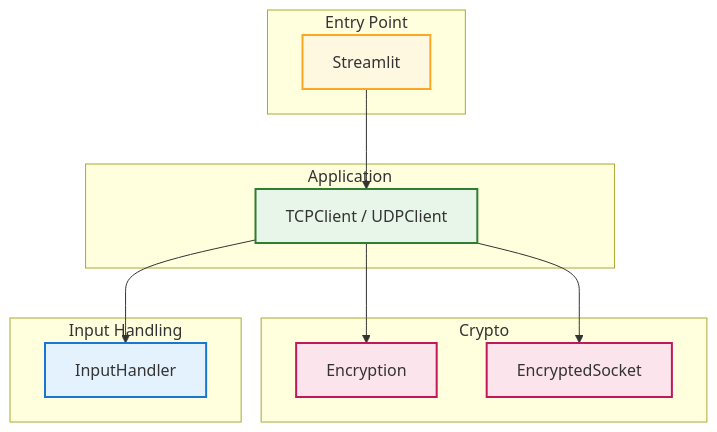
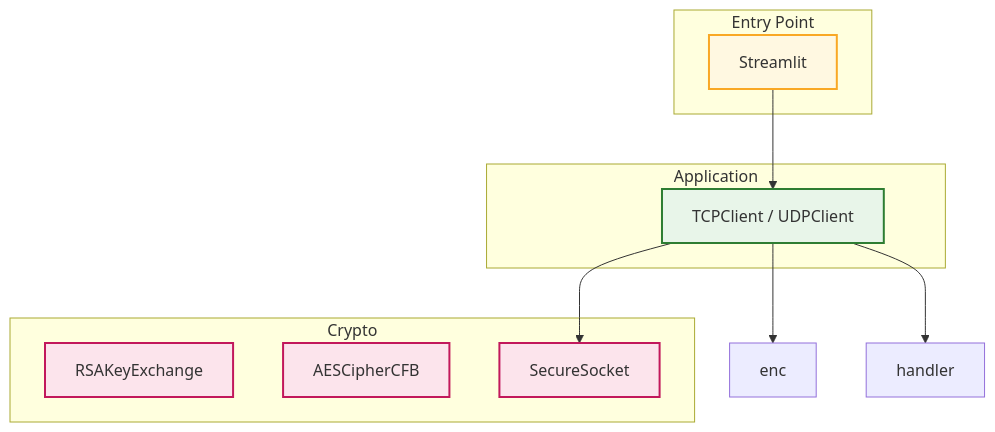
Before and after one commit to BackendExplorer/Online-Chat-Service: the first of 7 diagrams in README.md, drawn with Mermaid.

````diff
--- a/README.md
+++ b/README.md
@@ -1,39 +1,35 @@
 ```mermaid
 graph TD
 
 %% スタイル定義
 classDef ui fill:#fff8e1,stroke:#f9a825,stroke-width:2px
 classDef application fill:#e8f5e9,stroke:#2e7d32,stroke-width:2px
 classDef infra fill:#fce4ec,stroke:#c2185b,stroke-width:2px
 classDef packet fill:#e3f2fd,stroke:#1976d2,stroke-width:2px
 
 subgraph Entry Point
   main["Streamlit"]
   class main ui
 end
 
 subgraph Application
   app["TCPClient / UDPClient"]
   class app application
 end
 
 subgraph Crypto
-  enc["Encryption"]
-  sock["EncryptedSocket"]
-  class enc,sock infra
-end
-
-subgraph Input Handling
-  handler["InputHandler"]
-  class handler packet
+  rsa["RSAKeyExchange"]
+  aes["AESCipherCFB"]
+  sock["SecureSocket"]
+  class rsa,aes,sock infra
 end
 
 main --> app
 app  --> enc
 app  --> sock
 app  --> handler
 
 
 
 
 ```
````
